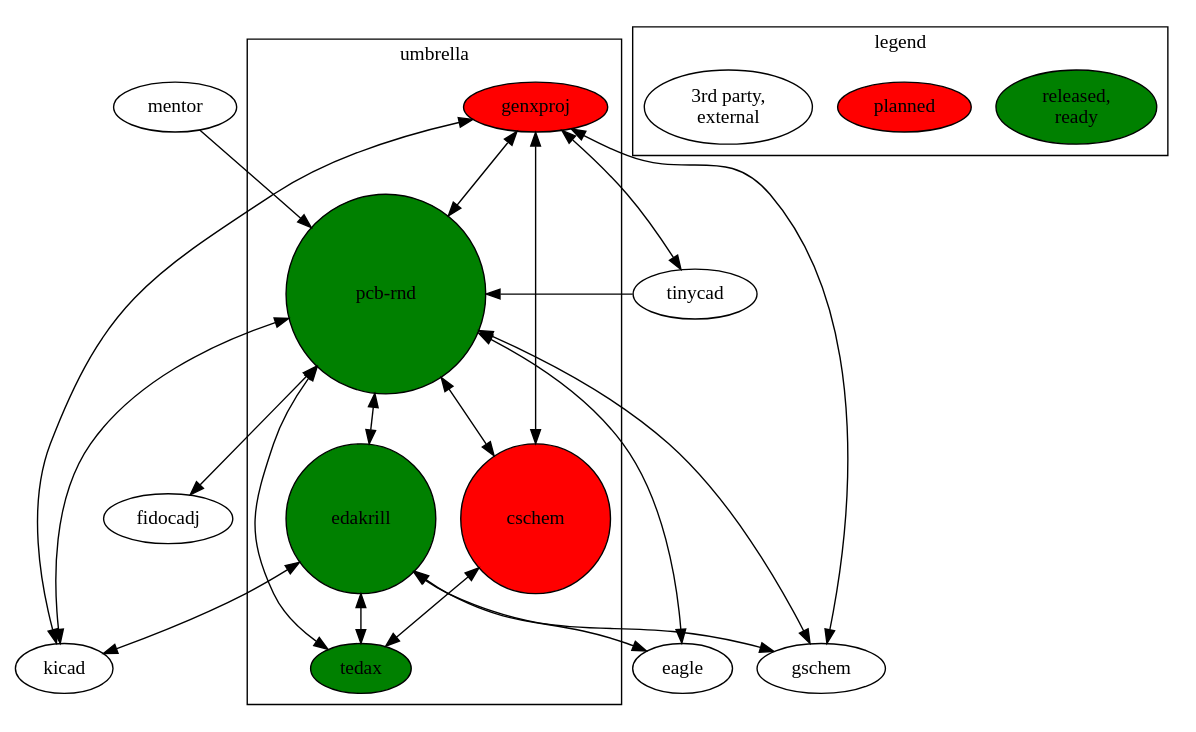
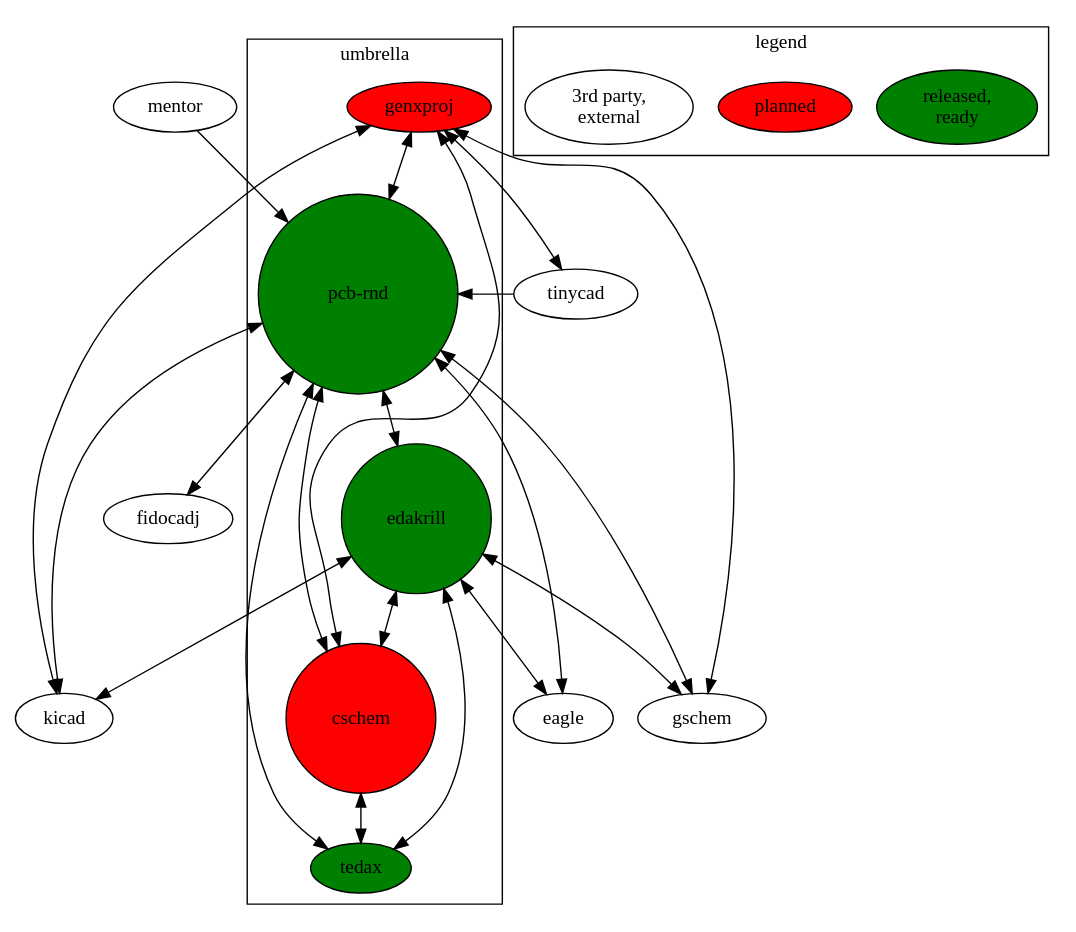
The diagram in doc/devlog/20170405/umbrella.dot (NoSuchProcess/pcb-rnd), drawn with Graphviz before and after one commit. The commit also changed 1 other file, not shown here.

Commit message:
-Fix: there's an arrow between cschem and edakrill, symbols willbe uploaded

```diff
--- a/doc/devlog/20170405/umbrella.dot
+++ b/doc/devlog/20170405/umbrella.dot
@@ -1,48 +1,49 @@
 digraph g {
 
 
 	subgraph cluster_1 {
 		label="umbrella"
 		pcbrnd  [style=filled fillcolor=green label="pcb-rnd" height=2 width=2]
 		edakrill [style=filled fillcolor=green height=1.5 width=1.5]
 		tedax    [style=filled fillcolor=green]
 		cschem   [style=filled fillcolor=red height=1.5 width=1.5]
 		genxproj [style=filled fillcolor=red]
 	}
 
 	subgraph cluster_2 {
 		label="legend"
 		l1  [style=filled fillcolor=green label="released,\nready"]
 		l2  [style=filled fillcolor=red label="planned"]
 		l3  [label="3rd party,\nexternal"]
 	}
 
 
 	pcbrnd -> edakrill [dir=both weigth=10]
 	pcbrnd -> cschem [dir=both weigth=10]
 	pcbrnd -> tedax [dir=both weigth=10]
 	genxproj -> pcbrnd [dir=both]
 	genxproj -> cschem [dir=both]
 	cschem -> tedax [dir=both weigth=10]
 
 	edakrill -> tedax [dir=both]
+	edakrill -> cschem [dir=both]
 
 
 	pcbrnd -> kicad [dir=both]
 	genxproj -> kicad [dir=both]
 	edakrill -> kicad [dir=both]
 
 	pcbrnd -> gschem [dir=both]
 	genxproj -> gschem [dir=both]
 	edakrill -> gschem [dir=both]
 
 	pcbrnd -> eagle [dir=both]
 	edakrill -> eagle [dir=both]
 
 	tinycad -> pcbrnd
 	genxproj -> tinycad [dir=both]
 
 	mentor -> pcbrnd
 	pcbrnd -> fidocadj [dir=both]
 
 }
```
